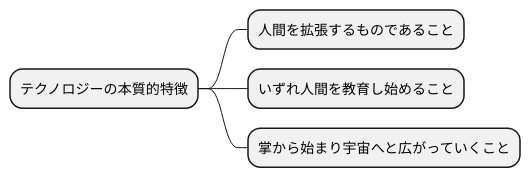
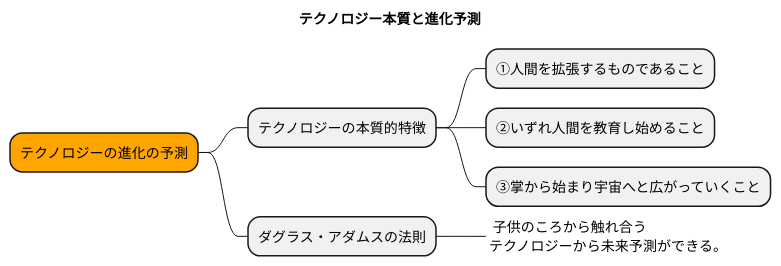
One commit to nigoh/nigoh changed the first of 2 diagrams in docs/Notes/0.Metaverse/2.metaverse.md. Above: the diagram before and after it, drawn with PlantUML. The commit also changed other lines of this file, not shown here.

````diff
--- a/docs/Notes/0.Metaverse/2.metaverse.md
+++ b/docs/Notes/0.Metaverse/2.metaverse.md
@@ -3,12 +6,18 @@
 ```plantuml
 
 @startmindmap
+title テクノロジー本質と進化予測
+*[#Orange] テクノロジーの進化の予測
 
-* テクノロジーの本質的特徴
-** 人間を拡張するものであること
-** いずれ人間を教育し始めること
-** 掌から始まり宇宙へと広がっていくこと
+** テクノロジーの本質的特徴
+*** ①人間を拡張するものであること
+*** ②いずれ人間を教育し始めること
+*** ③掌から始まり宇宙へと広がっていくこと
+
+** ダグラス・アダムスの法則
+***_: 子供のころから触れ合う
+テクノロジーから未来予測ができる。;
 
 @endmindmap
 
 ```
````
